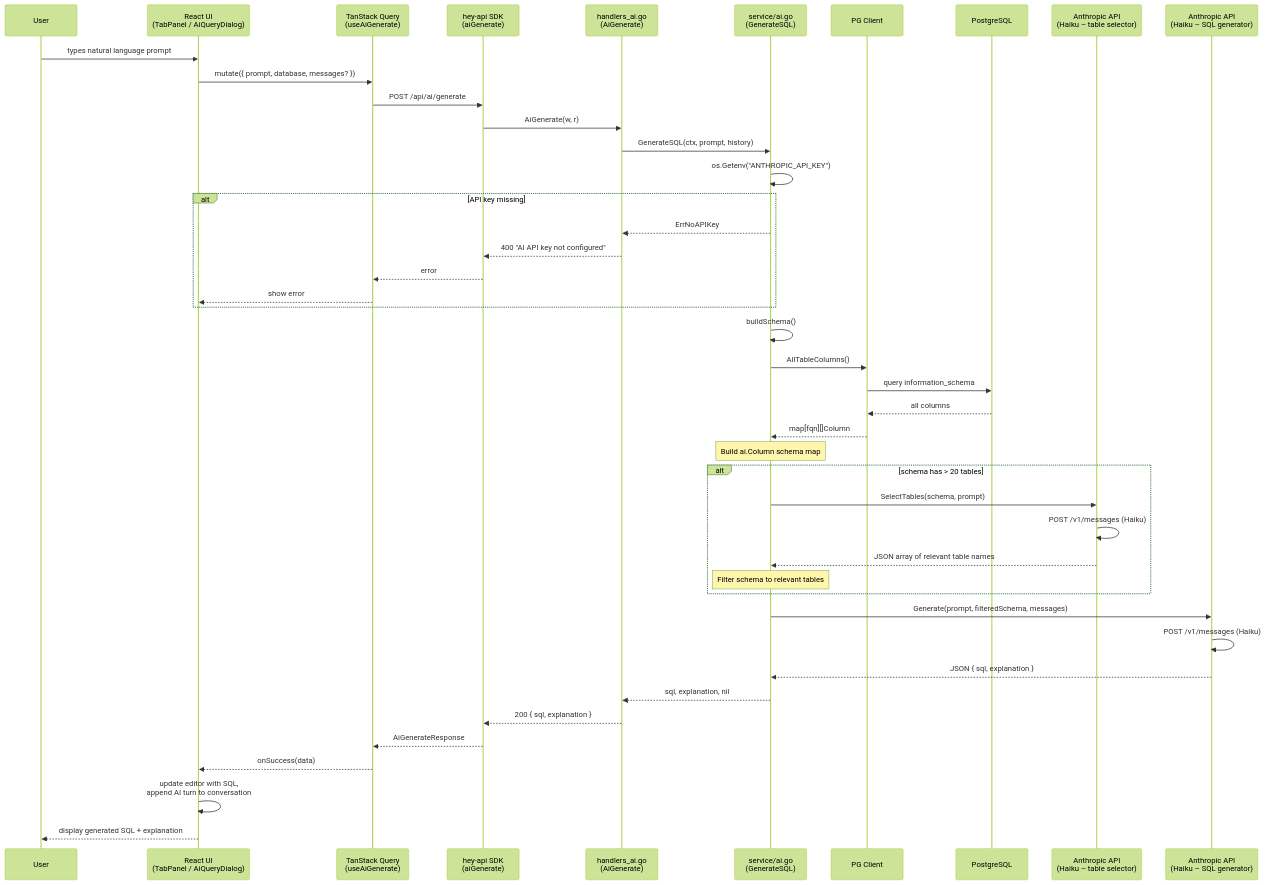
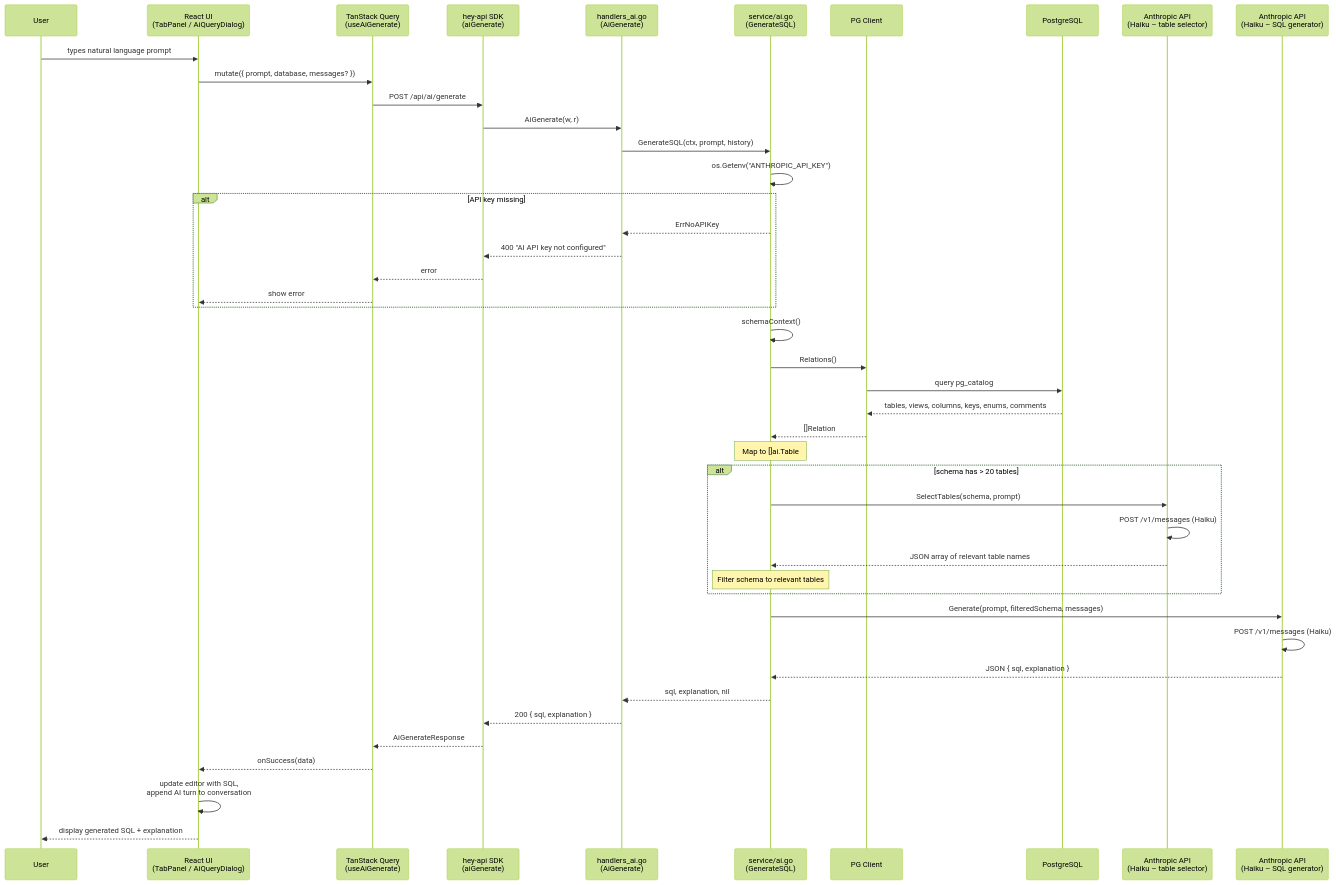
One commit to macleodmac/pglet changed the diagram in .claude/skills/ai-generation/SKILL.md. Above: the diagram before and after it, drawn with Mermaid (forest theme). The commit also changed other lines of this file and 40 other files, not shown here.

````diff
--- a/.claude/skills/ai-generation/SKILL.md
+++ b/.claude/skills/ai-generation/SKILL.md
@@ -23,54 +24,54 @@
 ```mermaid
 sequenceDiagram
     participant User
     participant UI as React UI<br/>(TabPanel / AiQueryDialog)
     participant TQ as TanStack Query<br/>(useAiGenerate)
     participant SDK as hey-api SDK<br/>(aiGenerate)
     participant Handler as handlers_ai.go<br/>(AiGenerate)
     participant Svc as service/ai.go<br/>(GenerateSQL)
     participant Client as PG Client
     participant PG as PostgreSQL
     participant Select as Anthropic API<br/>(Haiku – table selector)
     participant Gen as Anthropic API<br/>(Haiku – SQL generator)
 
     User->>UI: types natural language prompt
     UI->>TQ: mutate({ prompt, database, messages? })
     TQ->>SDK: POST /api/ai/generate
     SDK->>Handler: AiGenerate(w, r)
     Handler->>Svc: GenerateSQL(ctx, prompt, history)
 
     Svc->>Svc: os.Getenv("ANTHROPIC_API_KEY")
 
     alt API key missing
         Svc-->>Handler: ErrNoAPIKey
         Handler-->>SDK: 400 "AI API key not configured"
         SDK-->>TQ: error
         TQ-->>UI: show error
     end
 
-    Svc->>Svc: buildSchema()
-    Svc->>Client: AllTableColumns()
-    Client->>PG: query information_schema
-    PG-->>Client: all columns
-    Client-->>Svc: map[fqn][]Column
+    Svc->>Svc: schemaContext()
+    Svc->>Client: Relations()
+    Client->>PG: query pg_catalog
+    PG-->>Client: tables, views, columns, keys, enums, comments
+    Client-->>Svc: []Relation
 
-    Note over Svc: Build ai.Column schema map
+    Note over Svc: Map to []ai.Table
 
     alt schema has > 20 tables
         Svc->>Select: SelectTables(schema, prompt)
         Select->>Select: POST /v1/messages (Haiku)
         Select-->>Svc: JSON array of relevant table names
         Note over Svc: Filter schema to relevant tables
     end
 
     Svc->>Gen: Generate(prompt, filteredSchema, messages)
     Gen->>Gen: POST /v1/messages (Haiku)
     Gen-->>Svc: JSON { sql, explanation }
 
     Svc-->>Handler: sql, explanation, nil
     Handler-->>SDK: 200 { sql, explanation }
     SDK-->>TQ: AiGenerateResponse
     TQ-->>UI: onSuccess(data)
     UI->>UI: update editor with SQL,<br/>append AI turn to conversation
     UI-->>User: display generated SQL + explanation
 ```
````
